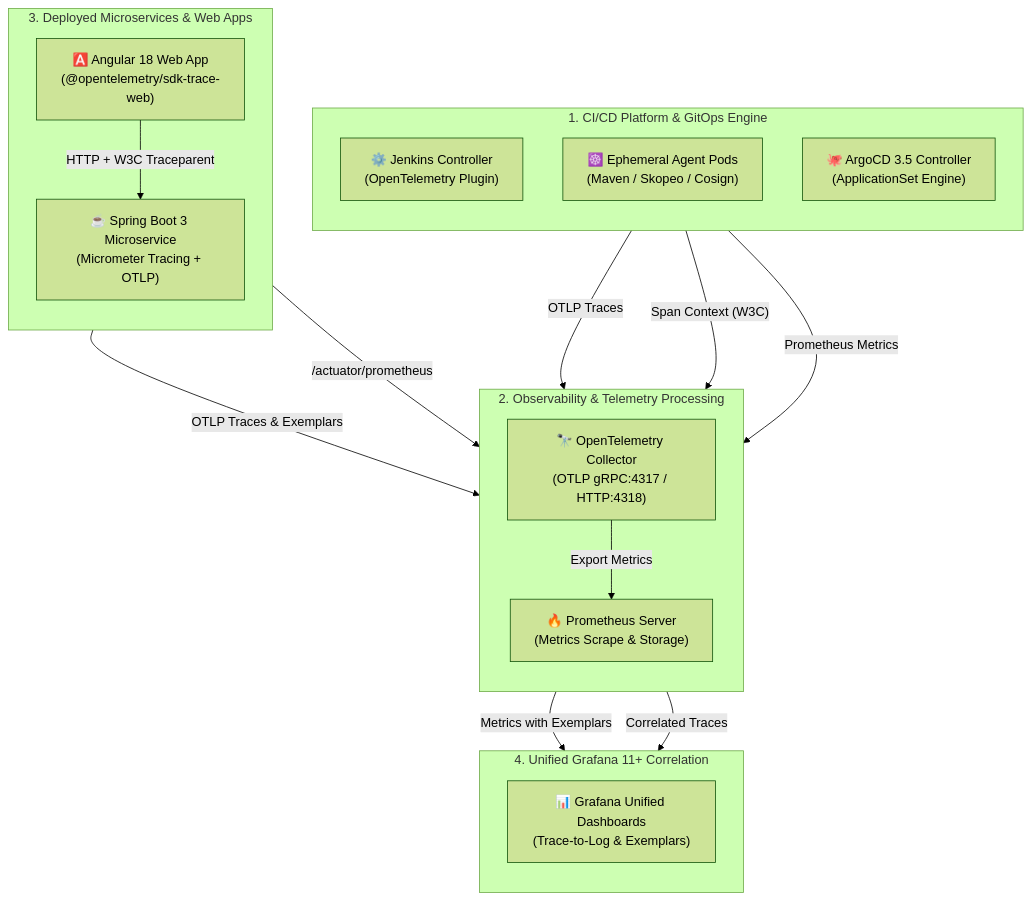
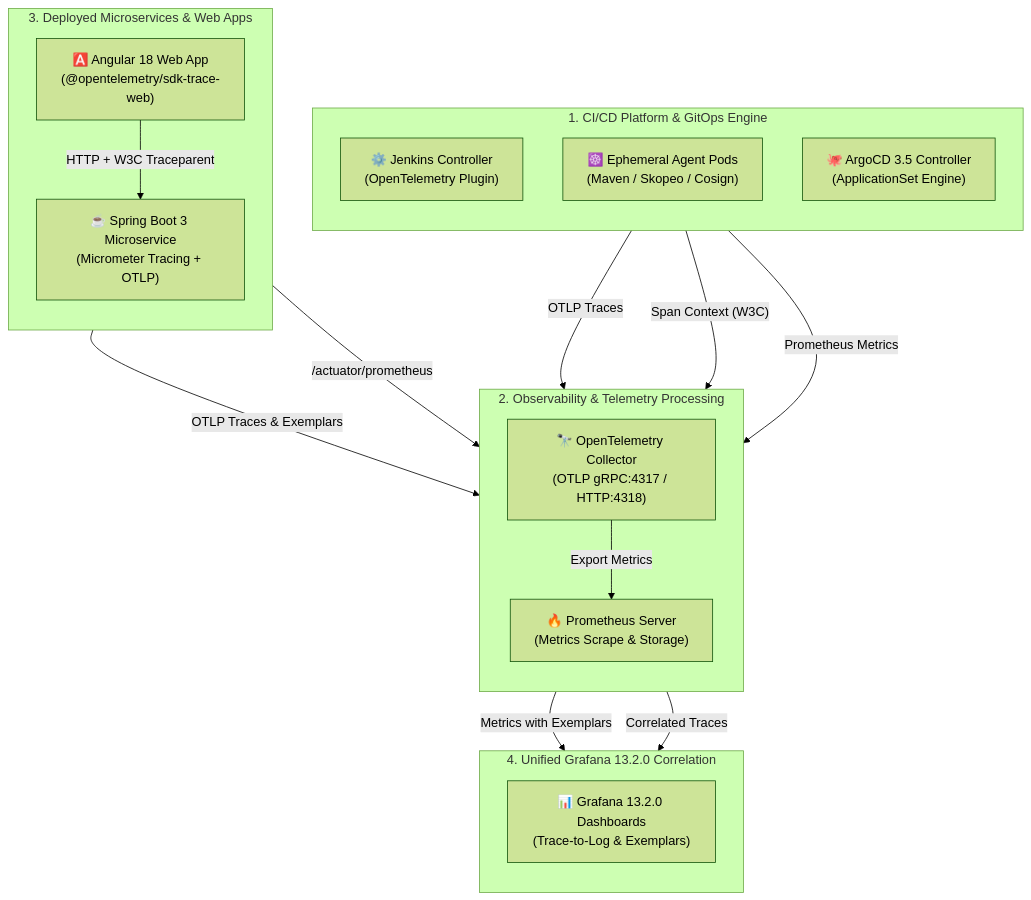
One commit to nubenetes/jenkins-git-parameter changed the fifth of 10 diagrams in README.md. Above: the diagram before and after it, drawn with Mermaid (forest theme). The commit also changed other lines of this file and 4 other files, not shown here.

````diff
--- a/README.md
+++ b/README.md
@@ -700,36 +702,36 @@
 ```mermaid
 flowchart TB
     subgraph Layer1["1. CI/CD Platform & GitOps Engine"]
         direction TB
         Jenkins["⚙️ Jenkins Controller<br/>(OpenTelemetry Plugin)"]
         Agents["☸️ Ephemeral Agent Pods<br/>(Maven / Skopeo / Cosign)"]
         ArgoCD["🐙 ArgoCD 3.5 Controller<br/>(ApplicationSet Engine)"]
     end
 
     subgraph Layer2["2. Observability & Telemetry Processing"]
         direction TB
         Collector["🔭 OpenTelemetry Collector<br/>(OTLP gRPC:4317 / HTTP:4318)"]
         Prom["🔥 Prometheus Server<br/>(Metrics Scrape & Storage)"]
     end
 
     subgraph Layer3["3. Deployed Microservices & Web Apps"]
         direction TB
         Angular["🅰️ Angular 18 Web App<br/>(@opentelemetry/sdk-trace-web)"]
         SpringBoot["☕ Spring Boot 3 Microservice<br/>(Micrometer Tracing + OTLP)"]
     end
 
-    subgraph Layer4["4. Unified Grafana 11+ Correlation"]
+    subgraph Layer4["4. Unified Grafana 13.2.0 Correlation"]
         direction TB
-        Grafana["📊 Grafana Unified Dashboards<br/>(Trace-to-Log & Exemplars)"]
+        Grafana["📊 Grafana 13.2.0 Dashboards<br/>(Trace-to-Log & Exemplars)"]
     end
 
     Jenkins -->|"OTLP Traces"| Collector
     Agents -->|"Span Context (W3C)"| Collector
     ArgoCD -->|"Prometheus Metrics"| Prom
     Collector -->|"Export Metrics"| Prom
     Angular -->|"HTTP + W3C Traceparent"| SpringBoot
     SpringBoot -->|"OTLP Traces & Exemplars"| Collector
     SpringBoot -->|"/actuator/prometheus"| Prom
     Prom -->|"Metrics with Exemplars"| Grafana
     Collector -->|"Correlated Traces"| Grafana
 ```
````
